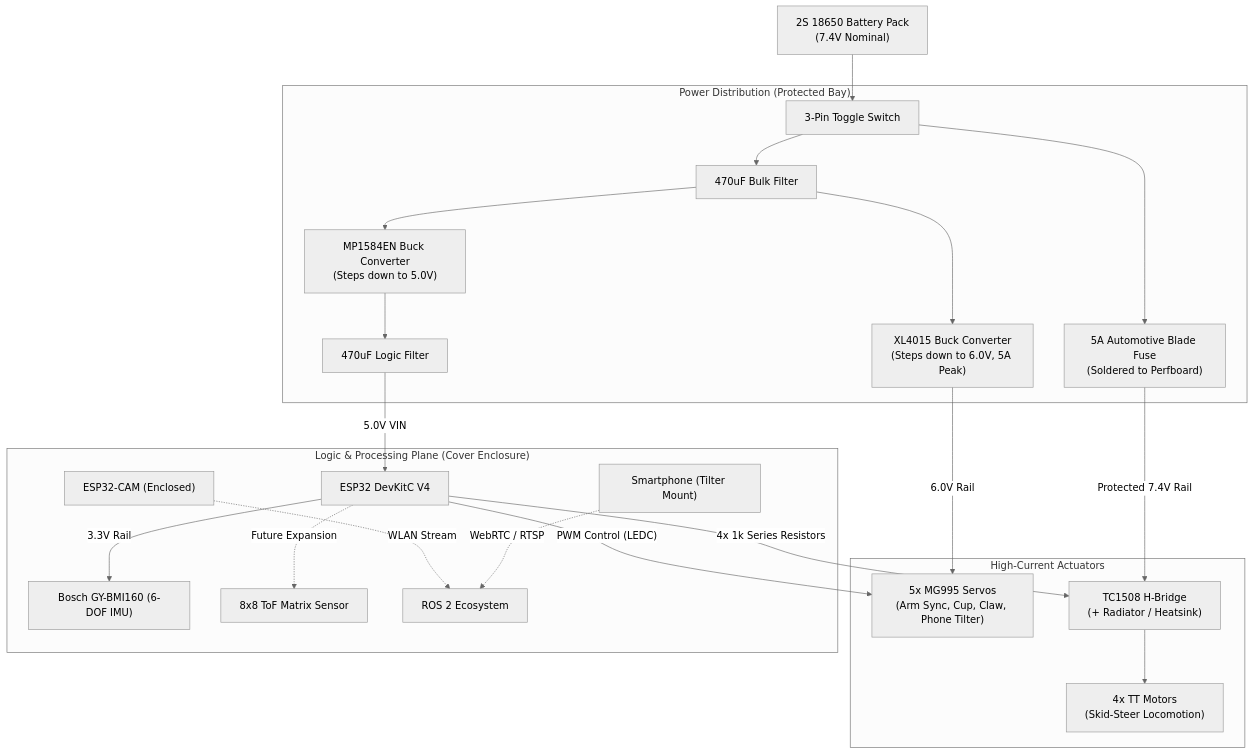
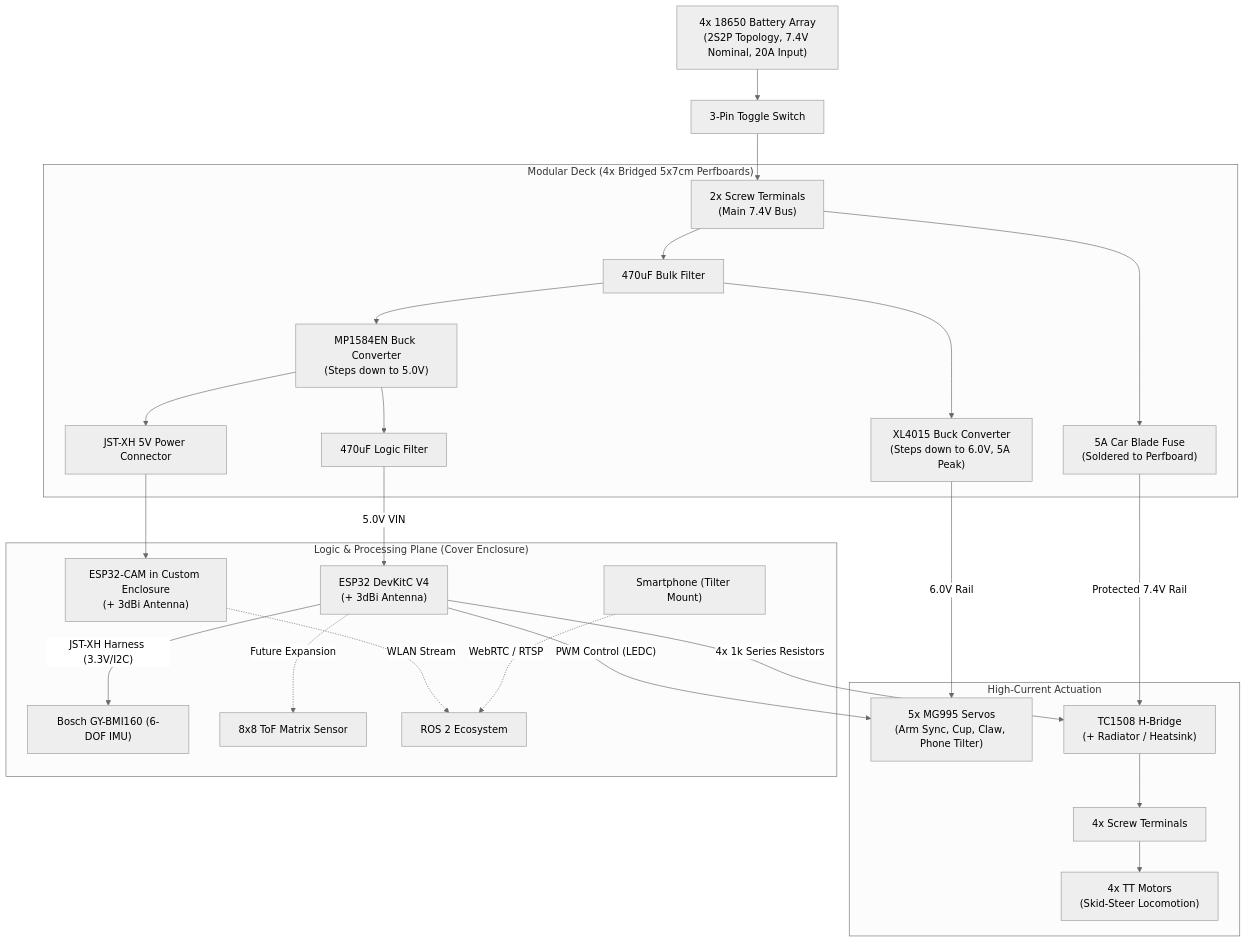
Before and after one commit to Mihaii2/claw_bulldozer_ws: the diagram in README.md, drawn with Mermaid (neutral theme). The commit also changed other lines of this file, not shown here.

````diff
--- a/README.md
+++ b/README.md
@@ -162,28 +178,32 @@
 ```mermaid
 graph TD
-    Batt["2S 18650 Battery Pack<br/>(7.4V Nominal)"] --> Switch["3-Pin Toggle Switch"]
+    Batt["4x 18650 Battery Array<br/>(2S2P Topology, 7.4V Nominal, 20A Input)"] --> Switch["3-Pin Toggle Switch"]
+    Switch --> ScrewBatt["2x Screw Terminals<br/>(Main 7.4V Bus)"]
     
-    subgraph PowerDistribution["Power Distribution (Protected Bay)"]
-        Switch --> Cap1["470uF Bulk Filter"]
+    subgraph PowerDistribution["Modular Deck (4x Bridged 5x7cm Perfboards)"]
+        ScrewBatt --> Cap1["470uF Bulk Filter"]
         Cap1 --> XL4015["XL4015 Buck Converter<br/>(Steps down to 6.0V, 5A Peak)"]
         Cap1 --> MP1584["MP1584EN Buck Converter<br/>(Steps down to 5.0V)"]
-        Switch --> Fuse["5A Automotive Blade Fuse<br/>(Soldered to Perfboard)"]
+        ScrewBatt --> Fuse["5A Car Blade Fuse<br/>(Soldered to Perfboard)"]
         MP1584 --> Cap2["470uF Logic Filter"]
+        MP1584 --> JST_Cam["JST-XH 5V Power Connector"]
     end
 
-    subgraph Actuators["High-Current Actuators"]
+    subgraph Actuators["High-Current Actuation"]
         XL4015 -->|"6.0V Rail"| Servos["5x MG995 Servos<br/>(Arm Sync, Cup, Claw, Phone Tilter)"]
         Fuse -->|"Protected 7.4V Rail"| TC1508["TC1508 H-Bridge<br/>(+ Radiator / Heatsink)"]
-        TC1508 --> TT_Motors["4x TT Motors<br/>(Skid-Steer Locomotion)"]
+        TC1508 --> ScrewMotors["4x Screw Terminals"]
+        ScrewMotors --> TT_Motors["4x TT Motors<br/>(Skid-Steer Locomotion)"]
     end
 
     subgraph LogicAndSensors["Logic & Processing Plane (Cover Enclosure)"]
-        Cap2 -->|"5.0V VIN"| ESP32["ESP32 DevKitC V4"]
-        ESP32 -->|"3.3V Rail"| BMI160["Bosch GY-BMI160 (6-DOF IMU)"]
+        Cap2 -->|"5.0V VIN"| ESP32["ESP32 DevKitC V4<br/>(+ 3dBi Antenna)"]
+        ESP32 -->|"JST-XH Harness (3.3V/I2C)"| BMI160["Bosch GY-BMI160 (6-DOF IMU)"]
         ESP32 -->|"PWM Control (LEDC)"| Servos
         ESP32 -->|"4x 1k Series Resistors"| TC1508
         ESP32 -.->|"Future Expansion"| ToF["8x8 ToF Matrix Sensor"]
-        ESP32Cam["ESP32-CAM (Enclosed)"] -.->|"WLAN Stream"| ROS2["ROS 2 Ecosystem"]
+        JST_Cam --> ESP32Cam["ESP32-CAM in Custom Enclosure<br/>(+ 3dBi Antenna)"]
+        ESP32Cam -.->|"WLAN Stream"| ROS2["ROS 2 Ecosystem"]
         Phone["Smartphone (Tilter Mount)"] -.->|"WebRTC / RTSP"| ROS2
     end
 ```
````
